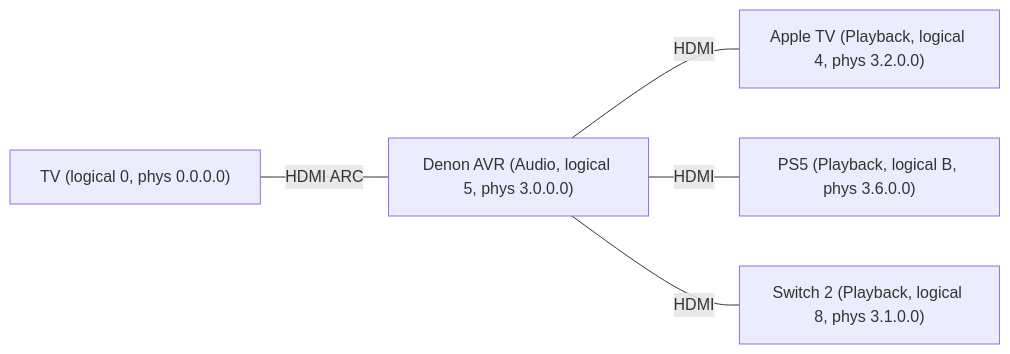
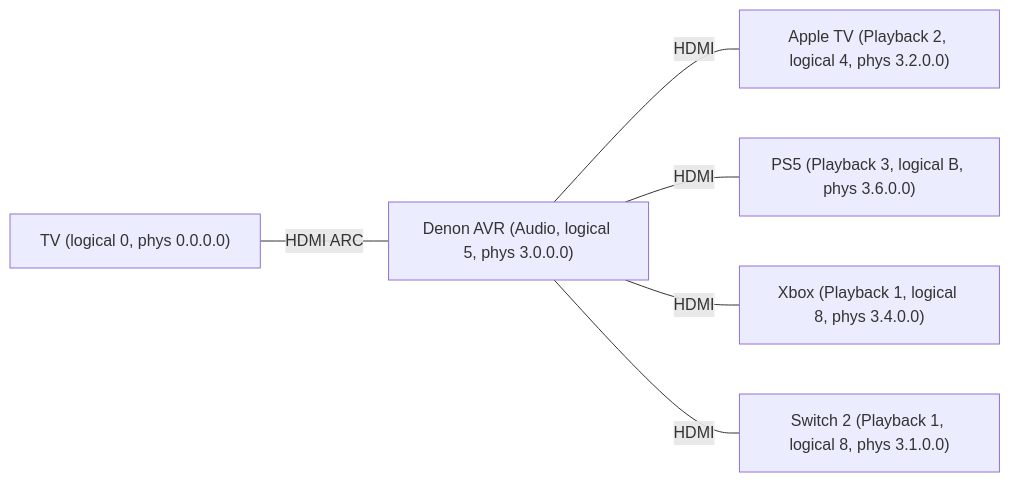
The first of 3 diagrams in content/post/hdmi-cec.md (jlian/jlian.co), drawn with Mermaid before and after one commit. The commit also changed other lines of this file and 51 other files, not shown here.

````diff
--- a/content/post/hdmi-cec.md
+++ b/content/post/hdmi-cec.md
@@ -39,13 +47,15 @@
 ```mermaid
 graph LR
   TV["TV (logical 0, phys 0.0.0.0)"]
   AVR["Denon AVR (Audio, logical 5, phys 3.0.0.0)"]
-  ATV["Apple TV (Playback, logical 4, phys 3.2.0.0)"]
-  PS5["PS5 (Playback, logical B, phys 3.6.0.0)"]
-  SW["Switch 2 (Playback, logical 8, phys 3.1.0.0)"]
+  ATV["Apple TV (Playback 2, logical 4, phys 3.2.0.0)"]
+  PS5["PS5 (Playback 3, logical B, phys 3.6.0.0)"]
+  SW["Switch 2 (Playback 1, logical 8, phys 3.1.0.0)"]
+  XBOX["Xbox (Playback 1, logical 8, phys 3.4.0.0)"]
 
   TV ---|HDMI ARC| AVR
   AVR ---|HDMI| ATV
   AVR ---|HDMI| PS5
+  AVR ---|HDMI| XBOX
   AVR ---|HDMI| SW
 ```
````
